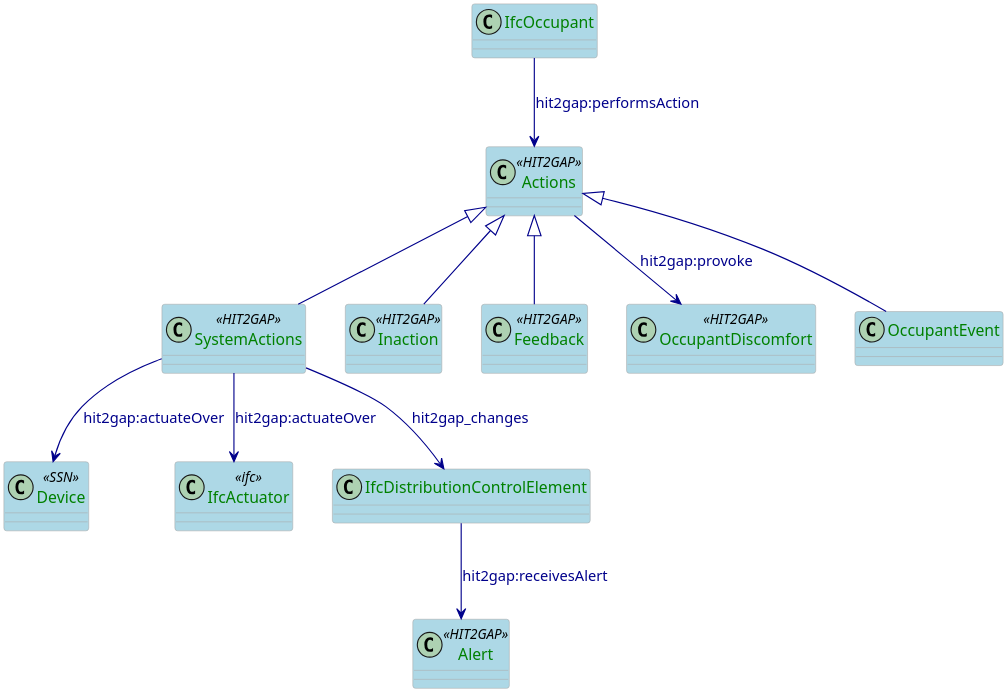
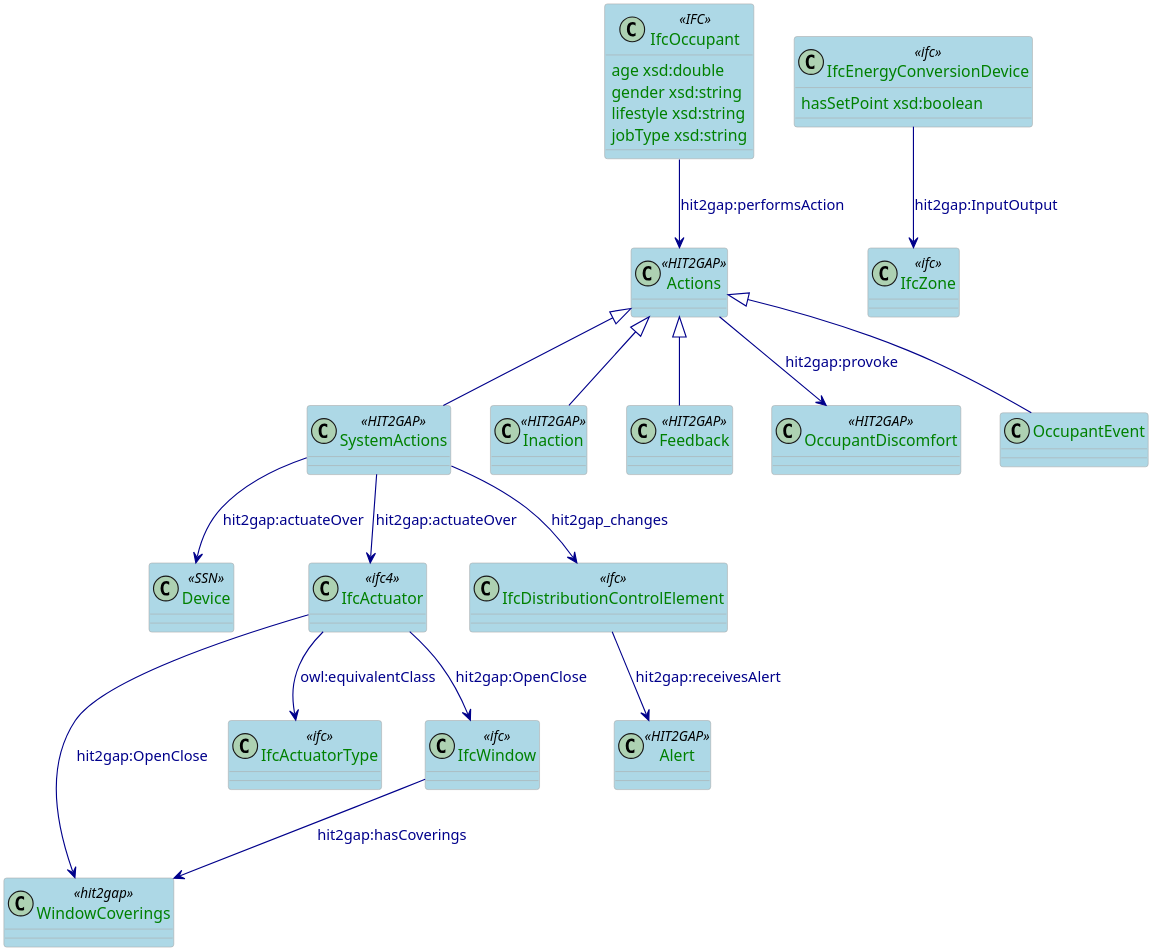
Before and after one commit to HIT2GAP-EU-PROJECT/BEMOnt: the diagram in docs/_book/plantuml/ActionSpecification.puml, drawn with PlantUML. The commit also changed 43 other files, not shown here.

```diff
--- a/docs/_book/plantuml/ActionSpecification.puml
+++ b/docs/_book/plantuml/ActionSpecification.puml
@@ -1,57 +1,84 @@
 @startuml
 
 skinparam class {
   ArrowColor DarkBlue
   ArrowFontColor DarkBlue
   BackgroundColor LightBlue
   BorderColor DarkGrey
 }
 skinparam dpi 300
 skinparam stereotypeCBackgroundColor Wheat
 skinparam classAttributeFontColor  Green
 
 class Actions <<HIT2GAP>>{
 
 }
 
 class SystemActions<<HIT2GAP>>{
 
 }
 
 class Device <<SSN>>{
 
 }
 
 class Alert <<HIT2GAP>>{
 
 }
 
 class Inaction <<HIT2GAP>>{
 
 }
 
 class Feedback <<HIT2GAP>>{
 
 }
 
 
 class OccupantDiscomfort <<HIT2GAP>>{
 
 }
 
-class IfcActuator <<ifc>>
+class WindowCoverings <<hit2gap>> 
+
+
+class IfcActuator <<ifc4>>
+class IfcActuatorType <<ifc>>
+
+class IfcWindow <<ifc>>
+class IfcZone <<ifc>>
+
+class IfcDistributionControlElement <<ifc>>
+
+class IfcEnergyConversionDevice <<ifc>> {
+  hasSetPoint xsd:boolean
+}
+
+class IfcOccupant <<IFC>>{
+  age xsd:double
+  gender xsd:string
+  lifestyle xsd:string
+  jobType xsd:string
+}
 
 Actions <|-- SystemActions
 Actions <|-- Inaction
 
 Actions <|-- Feedback
 Actions <|-- OccupantEvent
 
 Actions --> OccupantDiscomfort: hit2gap:provoke
 SystemActions --> IfcDistributionControlElement:hit2gap_changes
 IfcDistributionControlElement --> Alert: hit2gap:receivesAlert
 SystemActions --> Device: hit2gap:actuateOver
 SystemActions --> IfcActuator: hit2gap:actuateOver
 IfcOccupant --> Actions: hit2gap:performsAction
+IfcWindow --> WindowCoverings: hit2gap:hasCoverings
+IfcActuator --> IfcWindow: hit2gap:OpenClose
+IfcActuator --> WindowCoverings: hit2gap:OpenClose
+IfcEnergyConversionDevice --> IfcZone: hit2gap:InputOutput
+
+IfcActuator --> IfcActuatorType: owl:equivalentClass
+
 
 @enduml
```
